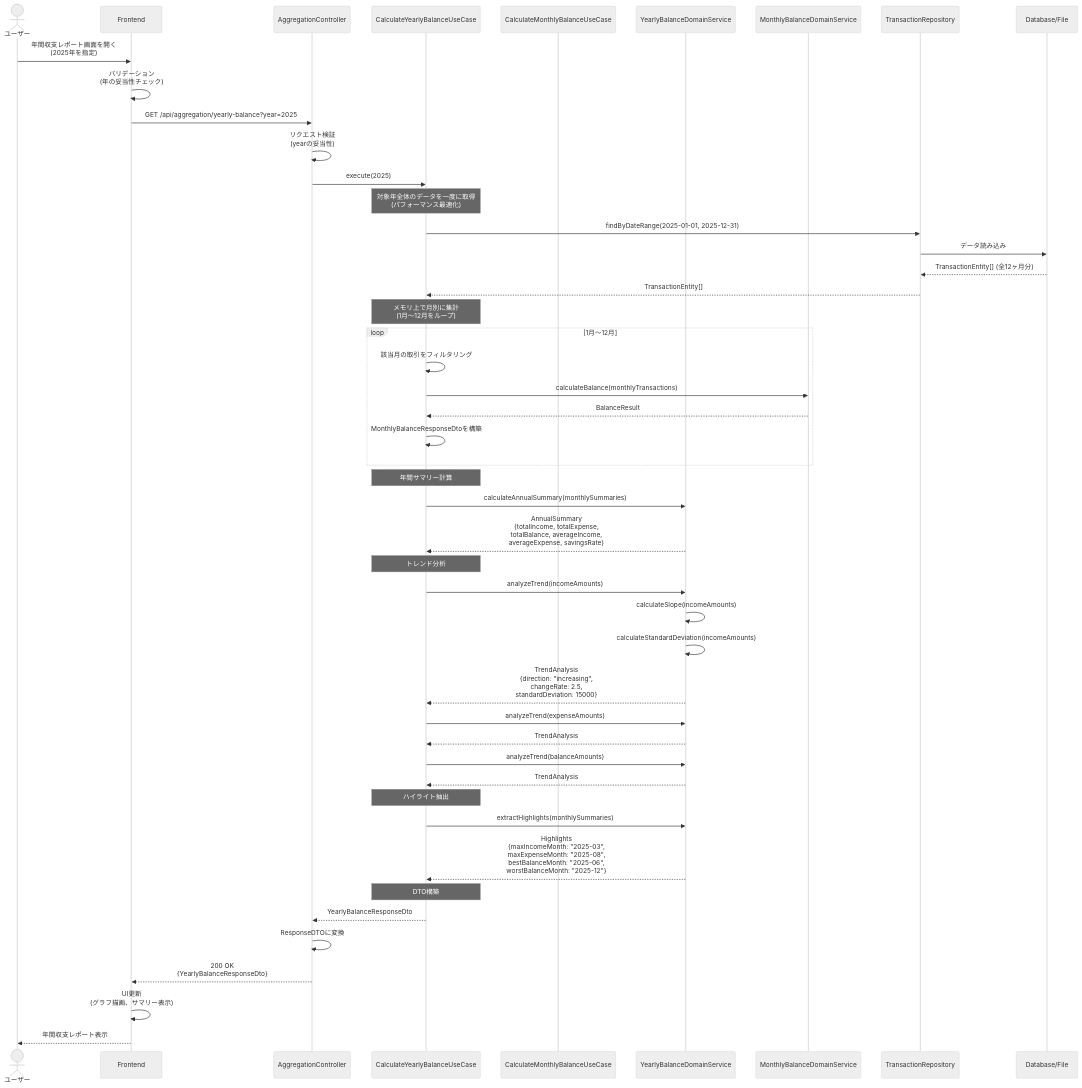
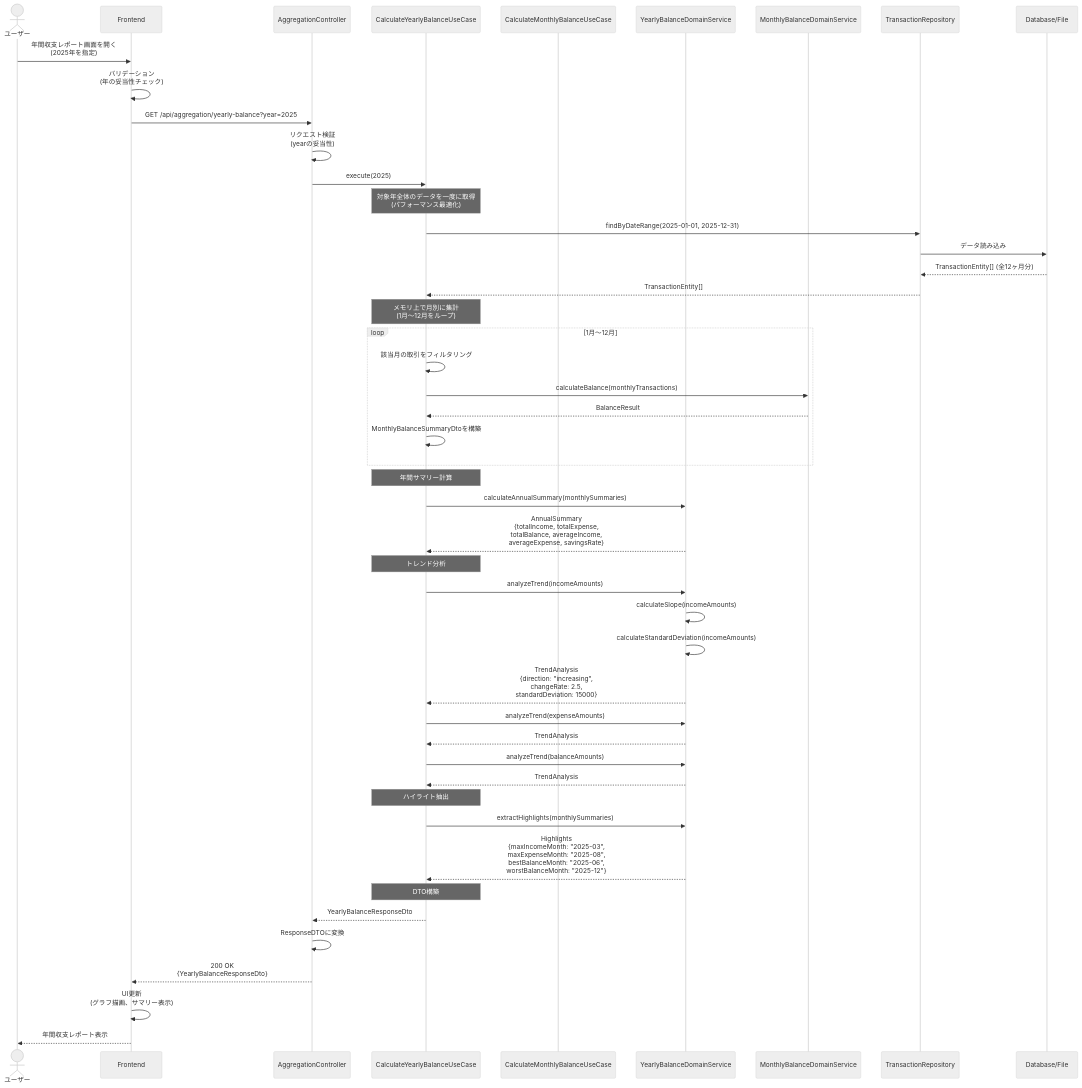
One commit to kencom2400/account-book changed the first of 5 diagrams in docs/detailed-design/FR-020_yearly-balance-aggregation/sequence-diagrams.md. Above: the diagram before and after it, drawn with Mermaid (neutral theme). The commit also changed other lines of this file, not shown here.

First line of the commit message:
docs: sequence-diagrams.mdのMonthlyBalanceResponseDtoをすべてMonthlyBalanceSummaryDtoに修正

````diff
--- a/docs/detailed-design/FR-020_yearly-balance-aggregation/sequence-diagrams.md
+++ b/docs/detailed-design/FR-020_yearly-balance-aggregation/sequence-diagrams.md
@@ -34,61 +34,61 @@
 ```mermaid
 sequenceDiagram
     actor User as ユーザー
     participant FE as Frontend
     participant API as AggregationController
     participant UC as CalculateYearlyBalanceUseCase
     participant MonthlyUC as CalculateMonthlyBalanceUseCase
     participant YDS as YearlyBalanceDomainService
     participant MDS as MonthlyBalanceDomainService
     participant Repo as TransactionRepository
     participant DB as Database/File
 
     User->>FE: 年間収支レポート画面を開く<br/>(2025年を指定)
     FE->>FE: バリデーション<br/>(年の妥当性チェック)
     FE->>API: GET /api/aggregation/yearly-balance?year=2025
 
     API->>API: リクエスト検証<br/>(yearの妥当性)
     API->>UC: execute(2025)
 
     Note over UC: 対象年全体のデータを一度に取得<br/>(パフォーマンス最適化)
     UC->>Repo: findByDateRange(2025-01-01, 2025-12-31)
     Repo->>DB: データ読み込み
     DB-->>Repo: TransactionEntity[] (全12ヶ月分)
     Repo-->>UC: TransactionEntity[]
 
     Note over UC: メモリ上で月別に集計<br/>(1月〜12月をループ)
     loop 1月〜12月
         UC->>UC: 該当月の取引をフィルタリング
         UC->>MDS: calculateBalance(monthlyTransactions)
         MDS-->>UC: BalanceResult
-        UC->>UC: MonthlyBalanceResponseDtoを構築
+        UC->>UC: MonthlyBalanceSummaryDtoを構築
     end
 
     Note over UC: 年間サマリー計算
     UC->>YDS: calculateAnnualSummary(monthlySummaries)
     YDS-->>UC: AnnualSummary<br/>{totalIncome, totalExpense,<br/>totalBalance, averageIncome,<br/>averageExpense, savingsRate}
 
     Note over UC: トレンド分析
     UC->>YDS: analyzeTrend(incomeAmounts)
     YDS->>YDS: calculateSlope(incomeAmounts)
     YDS->>YDS: calculateStandardDeviation(incomeAmounts)
     YDS-->>UC: TrendAnalysis<br/>{direction: "increasing",<br/>changeRate: 2.5,<br/>standardDeviation: 15000}
 
     UC->>YDS: analyzeTrend(expenseAmounts)
     YDS-->>UC: TrendAnalysis
 
     UC->>YDS: analyzeTrend(balanceAmounts)
     YDS-->>UC: TrendAnalysis
 
     Note over UC: ハイライト抽出
     UC->>YDS: extractHighlights(monthlySummaries)
     YDS-->>UC: Highlights<br/>{maxIncomeMonth: "2025-03",<br/>maxExpenseMonth: "2025-08",<br/>bestBalanceMonth: "2025-06",<br/>worstBalanceMonth: "2025-12"}
 
     Note over UC: DTO構築
     UC-->>API: YearlyBalanceResponseDto
 
     API->>API: ResponseDTOに変換
     API-->>FE: 200 OK<br/>{YearlyBalanceResponseDto}
     FE->>FE: UI更新<br/>(グラフ描画、サマリー表示)
     FE-->>User: 年間収支レポート表示
 ```
````
